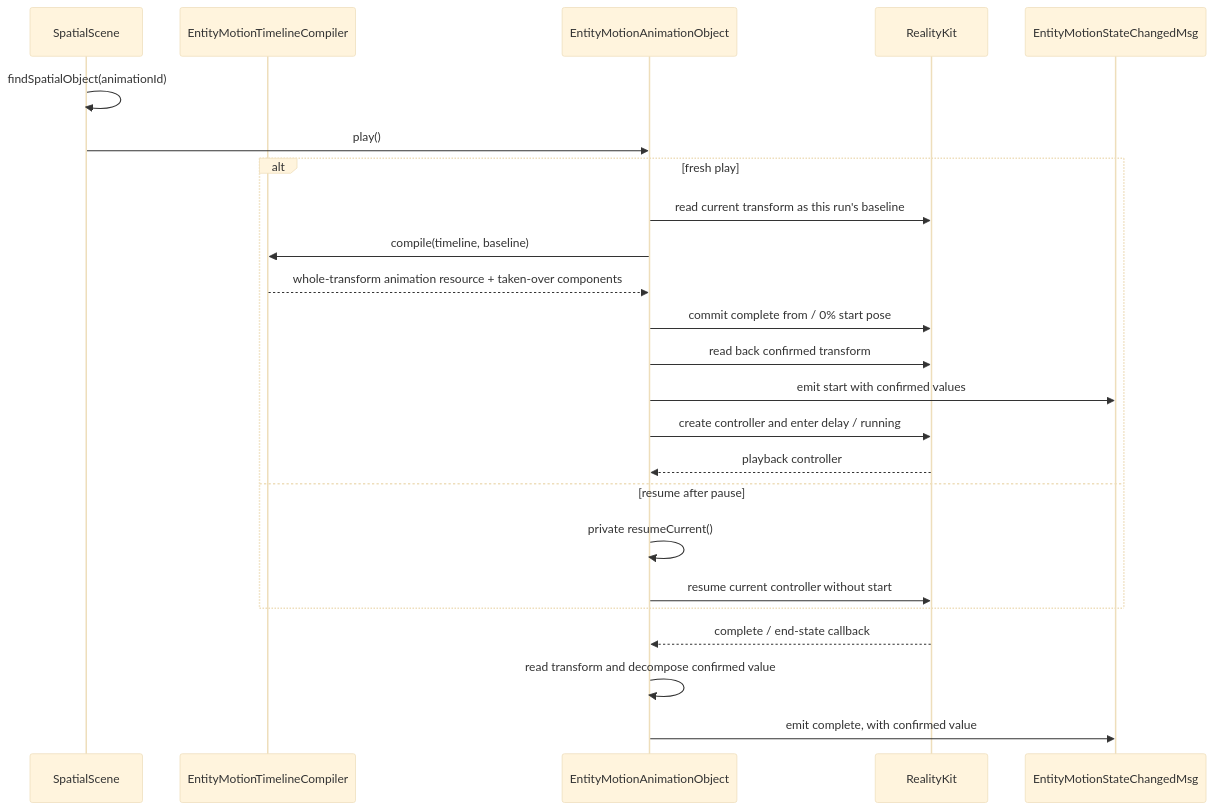
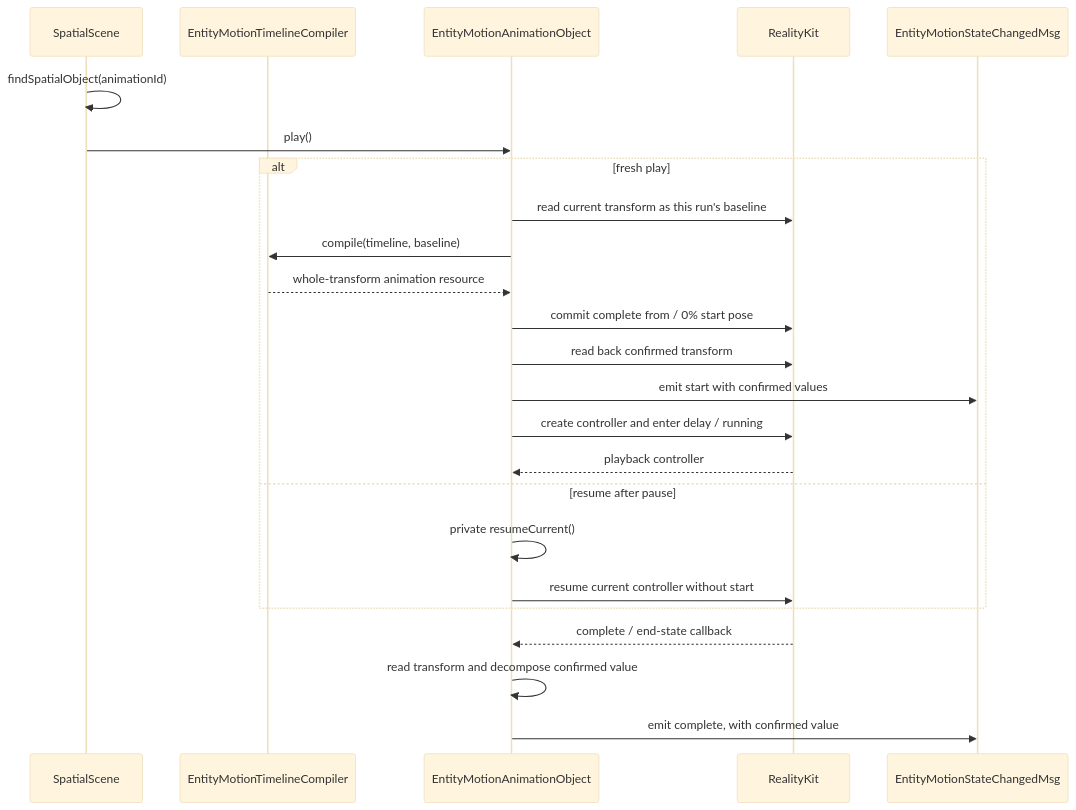
One commit to webspatial/webspatial-sdk changed diagram 11 of 14 in openspec/changes/redesign-entity-motion-api/design.md. Above: the diagram before and after it, drawn with Mermaid (base theme). The commit also changed other lines of this file and 7 other files, not shown here.

Commit message:
docs(openspec): define whole-transform entity motion ownership

````diff
--- a/openspec/changes/redesign-entity-motion-api/design.md
+++ b/openspec/changes/redesign-entity-motion-api/design.md
@@ -1009,27 +1008,27 @@
 ```mermaid
 sequenceDiagram
     participant Scene as SpatialScene
     participant Compiler as EntityMotionTimelineCompiler
     participant Obj as EntityMotionAnimationObject
     participant RK as RealityKit
     participant Event as EntityMotionStateChangedMsg
 
     Scene->>Scene: findSpatialObject(animationId)
     Scene->>Obj: play()
     alt fresh play
         Obj->>RK: read current transform as this run's baseline
         Obj->>Compiler: compile(timeline, baseline)
-        Compiler-->>Obj: whole-transform animation resource + taken-over components
+        Compiler-->>Obj: whole-transform animation resource
         Obj->>RK: commit complete from / 0% start pose
         Obj->>RK: read back confirmed transform
         Obj->>Event: emit start with confirmed values
         Obj->>RK: create controller and enter delay / running
         RK-->>Obj: playback controller
     else resume after pause
         Obj->>Obj: private resumeCurrent()
         Obj->>RK: resume current controller without start
     end
     RK-->>Obj: complete / end-state callback
     Obj->>Obj: read transform and decompose confirmed value
     Obj->>Event: emit complete, with confirmed value
 ```
````
